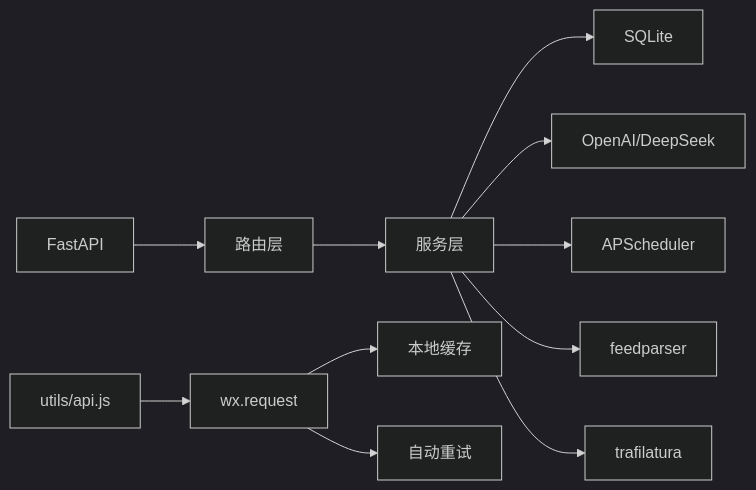
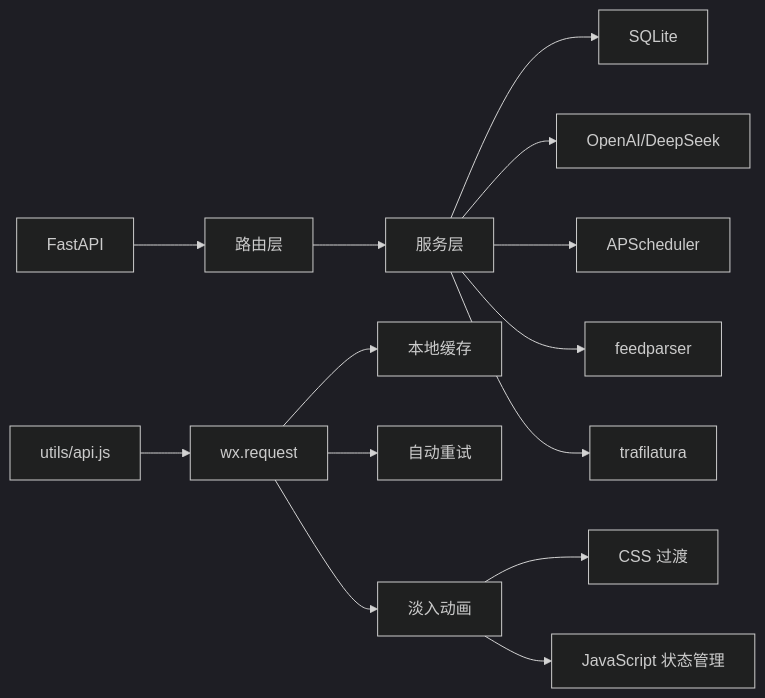
Before and after one commit to jianai0330/Fast-F1: diagram 12 of 13 in .qoder/repowiki/zh/content/内容管理系统/新闻系统.md, drawn with Mermaid (dark theme). The commit also changed other lines of this file and 22 other files, not shown here.

````diff
--- a/.qoder/repowiki/zh/content/内容管理系统/新闻系统.md
+++ b/.qoder/repowiki/zh/content/内容管理系统/新闻系统.md
@@ -455,13 +582,16 @@
 ```mermaid
 graph LR
 FastAPI["FastAPI"] --> Routers["路由层"]
 Routers --> Services["服务层"]
 Services --> DB["SQLite"]
 Services --> LLM["OpenAI/DeepSeek"]
 Services --> APIS["APScheduler"]
 Services --> RSS["feedparser"]
 Services --> Fulltext["trafilatura"]
 APIJS["utils/api.js"] --> WX["wx.request"]
 WX --> Cache["本地缓存"]
 WX --> Retry["自动重试"]
+WX --> FadeIn["淡入动画"]
+FadeIn --> CSS["CSS 过渡"]
+FadeIn --> JS["JavaScript 状态管理"]
 ```
````
